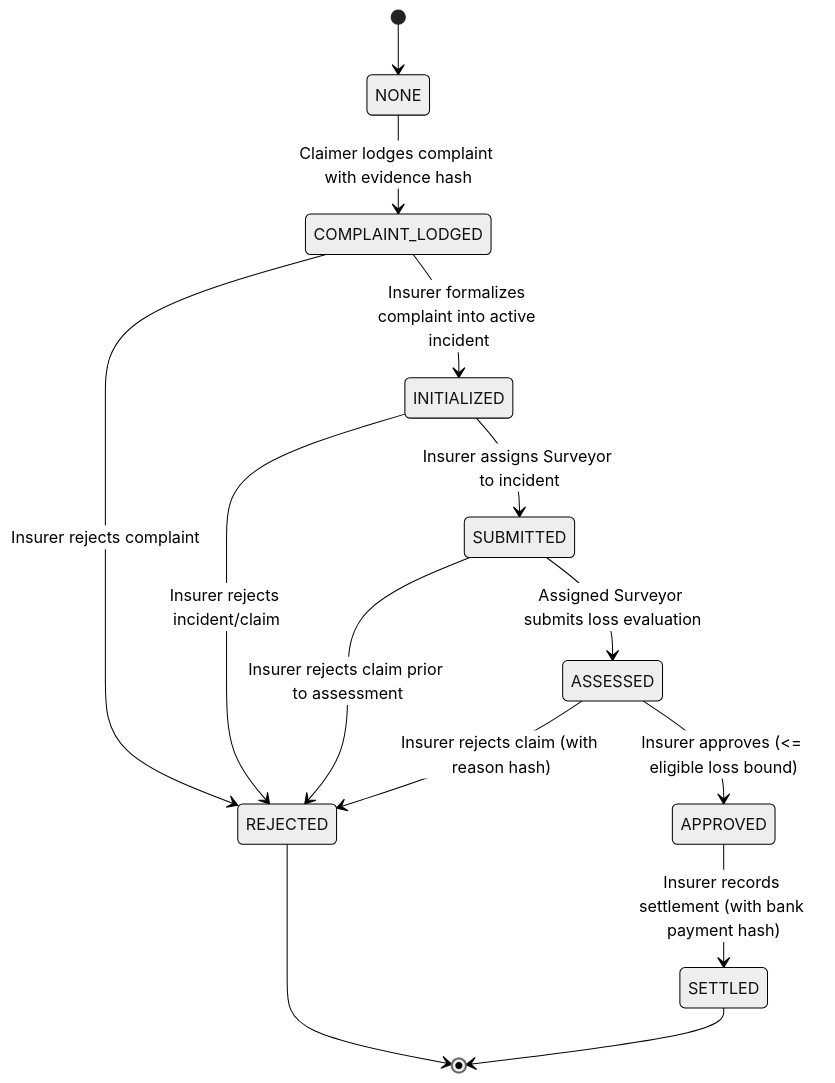
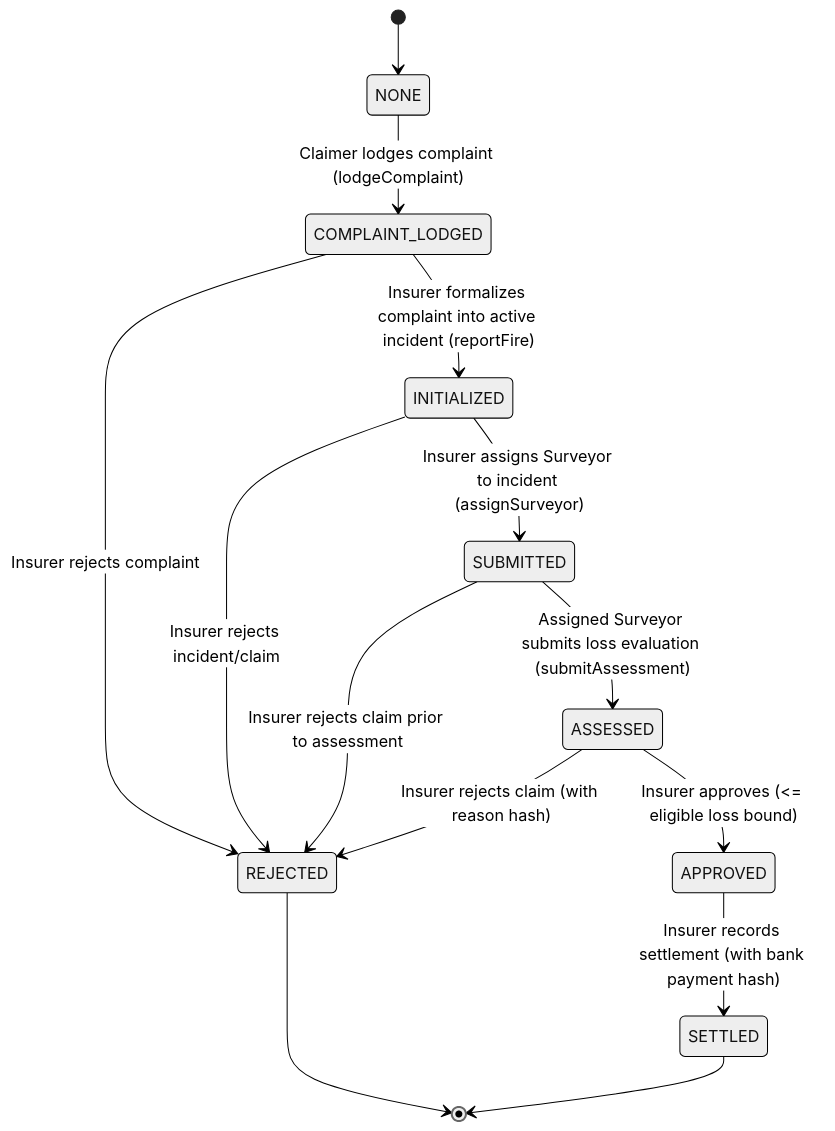
One commit to Priyankush123/Blockchain-Based-Automated-Fire-Insurance-Claim-System changed the second of 2 diagrams in README.md. Above: the diagram before and after it, drawn with Mermaid (neutral theme). The commit also changed other lines of this file and 7 other files, not shown here.

````diff
--- a/README.md
+++ b/README.md
@@ -133,16 +140,16 @@
 ```mermaid
 stateDiagram-v2
     [*] --> NONE
-    NONE --> COMPLAINT_LODGED : Claimer lodges complaint with evidence hash
-    COMPLAINT_LODGED --> INITIALIZED : Insurer formalizes complaint into active incident
-    INITIALIZED --> SUBMITTED : Insurer assigns Surveyor to incident
-    SUBMITTED --> ASSESSED : Assigned Surveyor submits loss evaluation
+    NONE --> COMPLAINT_LODGED : Claimer lodges complaint (lodgeComplaint)
+    COMPLAINT_LODGED --> INITIALIZED : Insurer formalizes complaint into active incident (reportFire)
+    INITIALIZED --> SUBMITTED : Insurer assigns Surveyor to incident (assignSurveyor)
+    SUBMITTED --> ASSESSED : Assigned Surveyor submits loss evaluation (submitAssessment)
     COMPLAINT_LODGED --> REJECTED : Insurer rejects complaint
     INITIALIZED --> REJECTED : Insurer rejects incident/claim
     SUBMITTED --> REJECTED : Insurer rejects claim prior to assessment
     ASSESSED --> APPROVED : Insurer approves (<= eligible loss bound)
     ASSESSED --> REJECTED : Insurer rejects claim (with reason hash)
     APPROVED --> SETTLED : Insurer records settlement (with bank payment hash)
     REJECTED --> [*]
     SETTLED --> [*]
 ```
````
